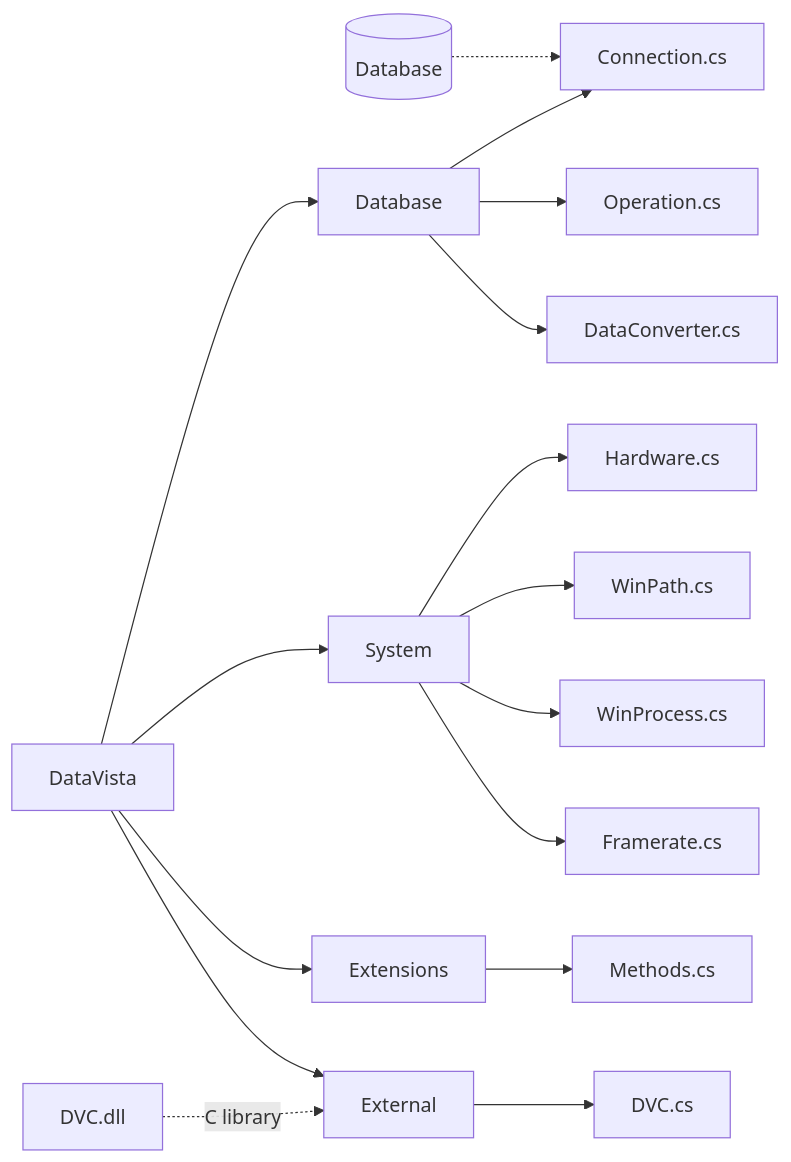
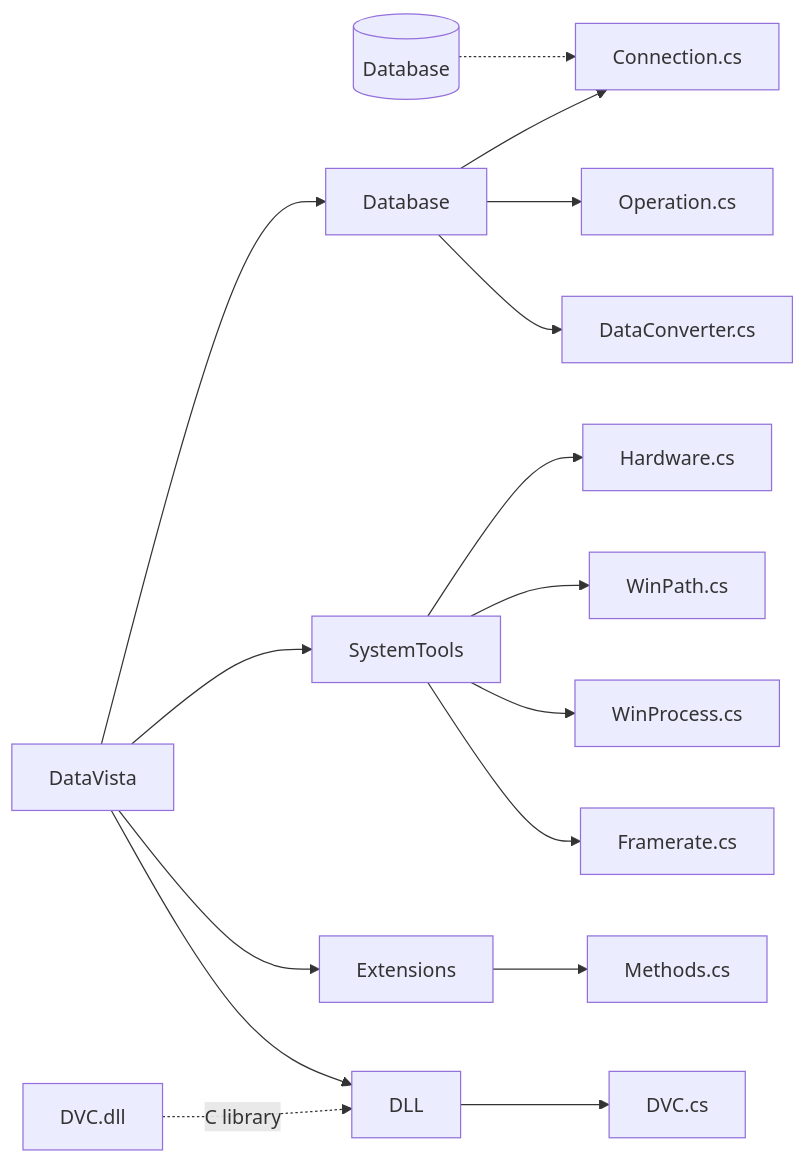
One commit to grimy86/DataVista changed the diagram in README.md. Above: the diagram before and after it, drawn with Mermaid. The commit also changed 15 other files, not shown here.

Commit message:
- Changed System namespace to Systemtools - Changed External namespace to DLL - Added Read SQL file methods

````diff
--- a/README.md
+++ b/README.md
@@ -49,24 +49,24 @@
 ```mermaid
 graph LR;
 	SQL[(Database)] -.-> Connection.cs
 
 	DataVista --> Database
-	DataVista --> System
+	DataVista --> SystemTools
 	DataVista --> Extensions
-	DataVista --> External
+	DataVista --> DLL
 	
 	Database --> Connection.cs
 	Database --> Operation.cs
 	Database --> DataConverter.cs
 	
-	System --> Hardware.cs
-	System --> WinPath.cs
-	System --> WinProcess.cs
-	System --> Framerate.cs
+	SystemTools --> Hardware.cs
+	SystemTools --> WinPath.cs
+	SystemTools --> WinProcess.cs
+	SystemTools --> Framerate.cs
 	
 	Extensions --> Methods.cs
 	
-	External --> DVC.cs
+	DLL --> DVC.cs
 	
-	DVC.dll -. C library.-> External
+	DVC.dll -. C library.-> DLL
 ```
````
